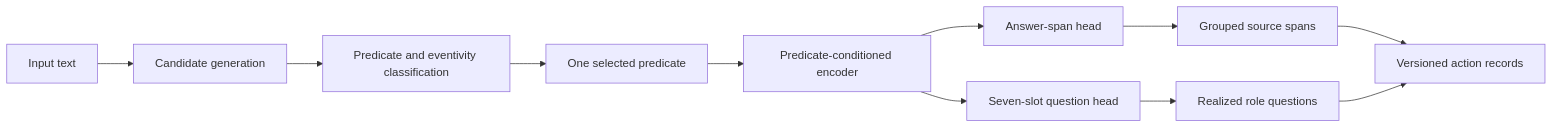
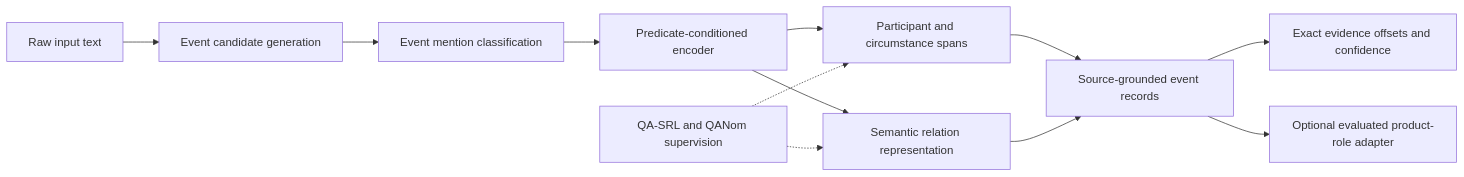
One commit to ayo-aa/semantic-action-extractor changed the first of 2 diagrams in README.md. Above: the diagram before and after it, drawn with Mermaid. The commit also changed other lines of this file and 37 other files, not shown here.

````diff
--- a/README.md
+++ b/README.md
@@ -90,13 +96,14 @@
 ```mermaid
 flowchart LR
-    A["Input text"] --> B["Candidate generation"]
-    B --> C["Predicate and eventivity classification"]
-    C --> D["One selected predicate"]
-    D --> E["Predicate-conditioned encoder"]
-    E --> F["Answer-span head"]
-    E --> G["Seven-slot question head"]
-    F --> H["Grouped source spans"]
-    G --> I["Realized role questions"]
-    H --> J["Versioned action records"]
-    I --> J
+    A["Raw input text"] --> B["Event candidate generation"]
+    B --> C["Event mention classification"]
+    C --> D["Predicate-conditioned encoder"]
+    D --> E["Participant and circumstance spans"]
+    D --> F["Semantic relation representation"]
+    Q["QA-SRL and QANom supervision"] -.-> E
+    Q -.-> F
+    E --> G["Source-grounded event records"]
+    F --> G
+    G --> H["Exact evidence offsets and confidence"]
+    G --> I["Optional evaluated product-role adapter"]
 ```
````
